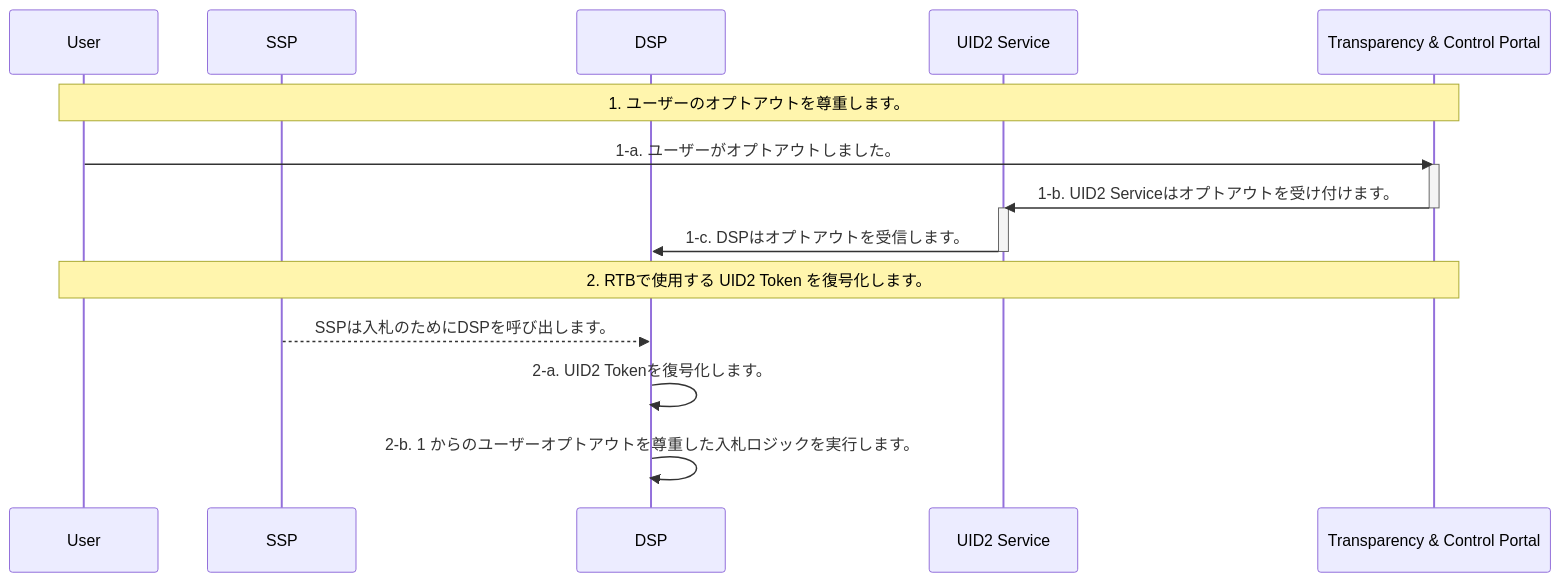
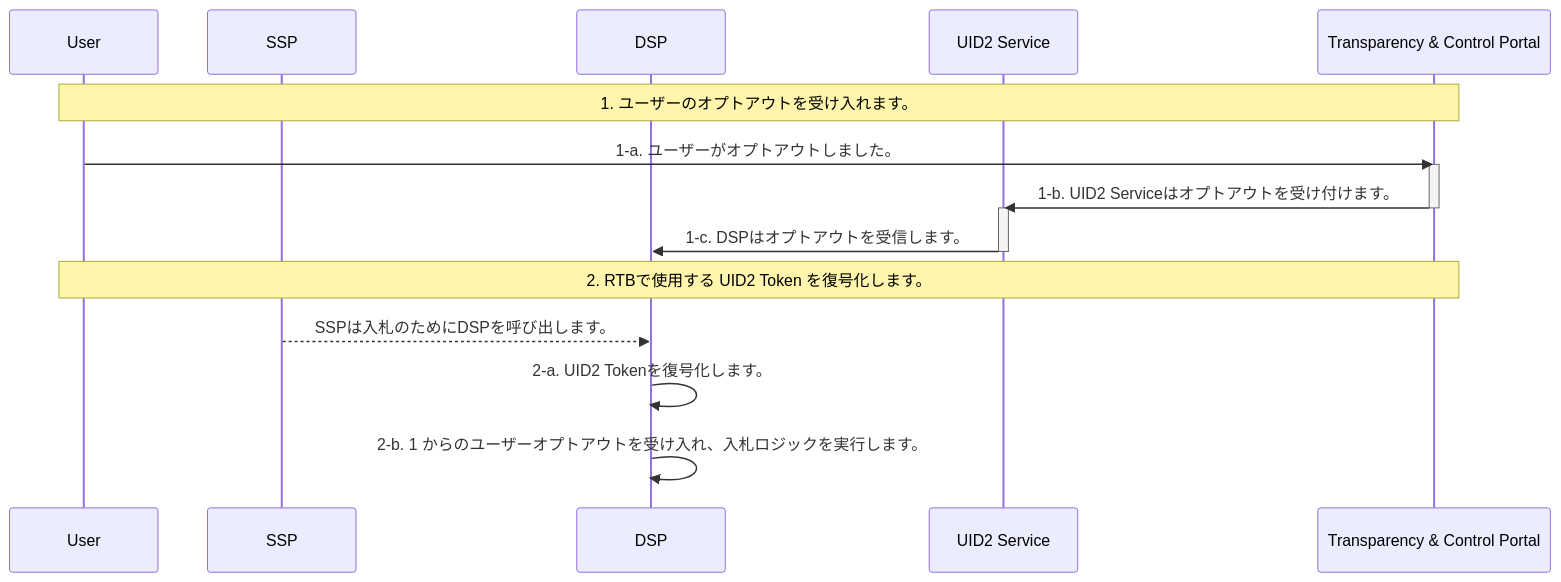
Before and after one commit to IABTechLab/uid2docs: the first of 2 diagrams in api-ja/v1/guides/dsp-guide.md, drawn with Mermaid. The commit also changed other lines of this file and 4 other files, not shown here.

````diff
--- a/api-ja/v1/guides/dsp-guide.md
+++ b/api-ja/v1/guides/dsp-guide.md
@@ -19,20 +19,20 @@
 ```mermaid
 sequenceDiagram
   participant U as User
   participant SSP
   participant DSP
   participant UID2 as UID2 Service
   participant TC as Transparency & Control Portal
-  Note over U,TC: 1. ユーザーのオプトアウトを尊重します。
+  Note over U,TC: 1. ユーザーのオプトアウトを受け入れます。
   U->>TC: 1-a. ユーザーがオプトアウトしました。
   activate TC
   TC->>UID2: 1-b. UID2 Serviceはオプトアウトを受け付けます。
   deactivate TC
   activate UID2
   UID2->>DSP: 1-c. DSPはオプトアウトを受信します。
   deactivate UID2
   Note over U,TC: 2. RTBで使用する UID2 Token を復号化します。
   SSP-->>DSP: SSPは入札のためにDSPを呼び出します。
   DSP->>DSP: 2-a. UID2 Tokenを復号化します。
-  DSP->>DSP: 2-b. 1 からのユーザーオプトアウトを尊重した入札ロジックを実行します。
+  DSP->>DSP: 2-b. 1 からのユーザーオプトアウトを受け入れ、入札ロジックを実行します。
 ```
````
